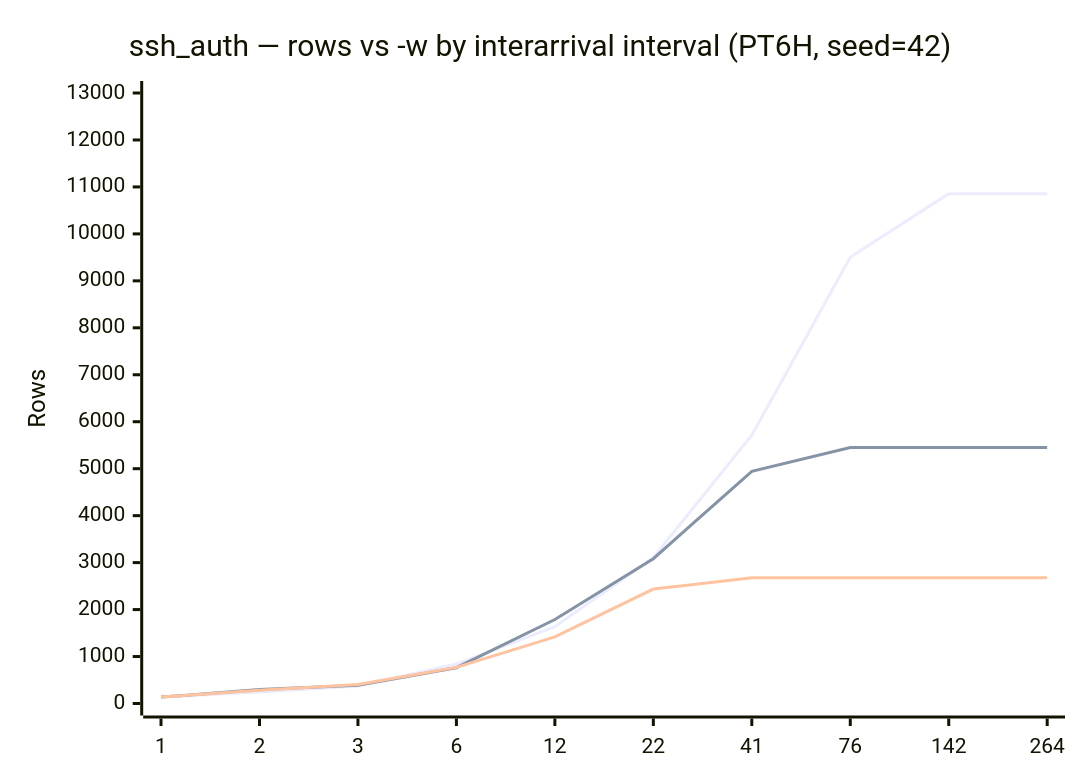
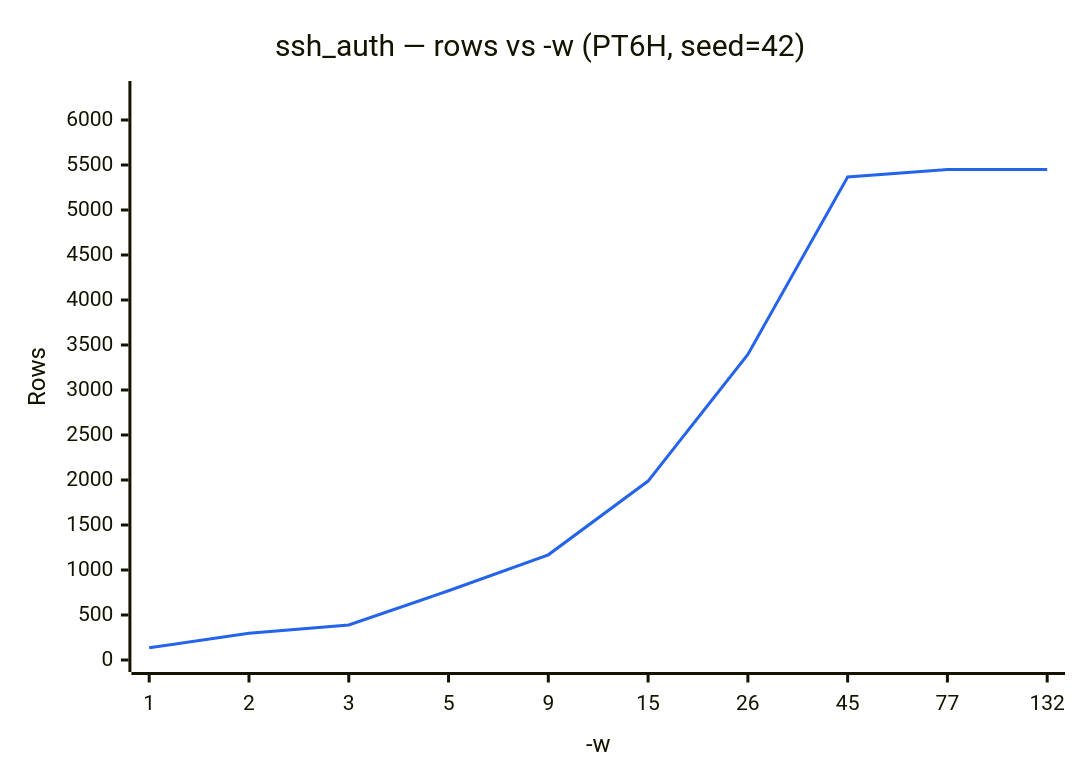
One commit to implydata/imply-eventgenerator changed the second of 2 diagrams in docs/presets/ssh_auth.md. Above: the diagram before and after it, drawn with Mermaid. The commit also changed other lines of this file and 7 other files, not shown here.

````diff
--- a/docs/presets/ssh_auth.md
+++ b/docs/presets/ssh_auth.md
@@ -84,9 +69,8 @@
 ```mermaid
+%%{init: {'themeVariables': {'xyChart': {'plotColorPalette': '#2563eb'}}}}%%
 xychart-beta
-    title "ssh_auth — rows vs -w by interarrival interval (PT6H, seed=42)"
-    x-axis [1, 2, 3, 6, 12, 22, 41, 76, 142, 264]
-    y-axis "Rows" 0 --> 13000
-    line [136, 247, 375, 840, 1635, 3107, 5714, 9502, 10857, 10857]
-    line [136, 296, 390, 762, 1789, 3084, 4942, 5450, 5450, 5450]
-    line [136, 280, 404, 769, 1417, 2437, 2679, 2679, 2679, 2679]
+    title "ssh_auth — rows vs -w (PT6H, seed=42)"
+    x-axis "-w" [1, 2, 3, 5, 9, 15, 26, 45, 77, 132]
+    y-axis "Rows" 0 --> 6300
+    line [136, 296, 390, 769, 1169, 1988, 3395, 5366, 5450, 5450]
 ```
````
